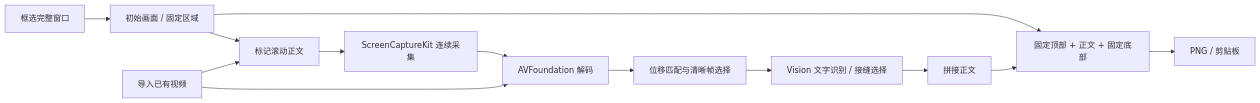
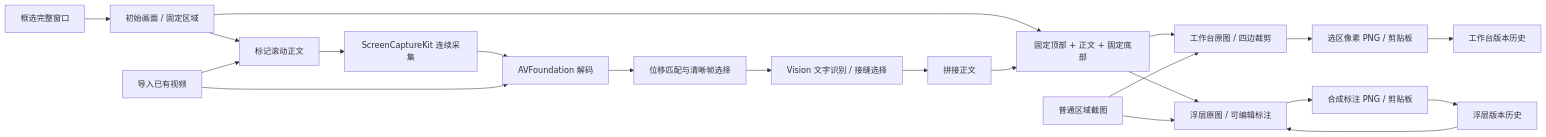
One commit to arronfan23/scrollcap changed the diagram in docs/ARCHITECTURE.md. Above: the diagram before and after it, drawn with Mermaid. The commit also changed other lines of this file and 53 other files, not shown here.

````diff
--- a/docs/ARCHITECTURE.md
+++ b/docs/ARCHITECTURE.md
@@ -5,15 +5,23 @@
 ```mermaid
 flowchart LR
     A[框选完整窗口] --> B[初始画面 / 固定区域]
     B --> C[标记滚动正文]
     C --> D[ScreenCaptureKit 连续采集]
     E[导入已有视频] --> C
     D --> F[AVFoundation 解码]
     E --> F
     F --> G[位移匹配与清晰帧选择]
     G --> H[Vision 文字识别 / 接缝选择]
     H --> I[拼接正文]
     B --> J[固定顶部 + 正文 + 固定底部]
     I --> J
-    J --> K[PNG / 剪贴板]
+    J --> L[工作台原图 / 四边裁剪]
+    J --> M[浮层原图 / 可编辑标注]
+    N[普通区域截图] --> L
+    N --> M
+    L --> K[选区像素 PNG / 剪贴板]
+    M --> O[合成标注 PNG / 剪贴板]
+    K --> P[工作台版本历史]
+    O --> Q[浮层版本历史]
+    Q --> M
 ```
````
